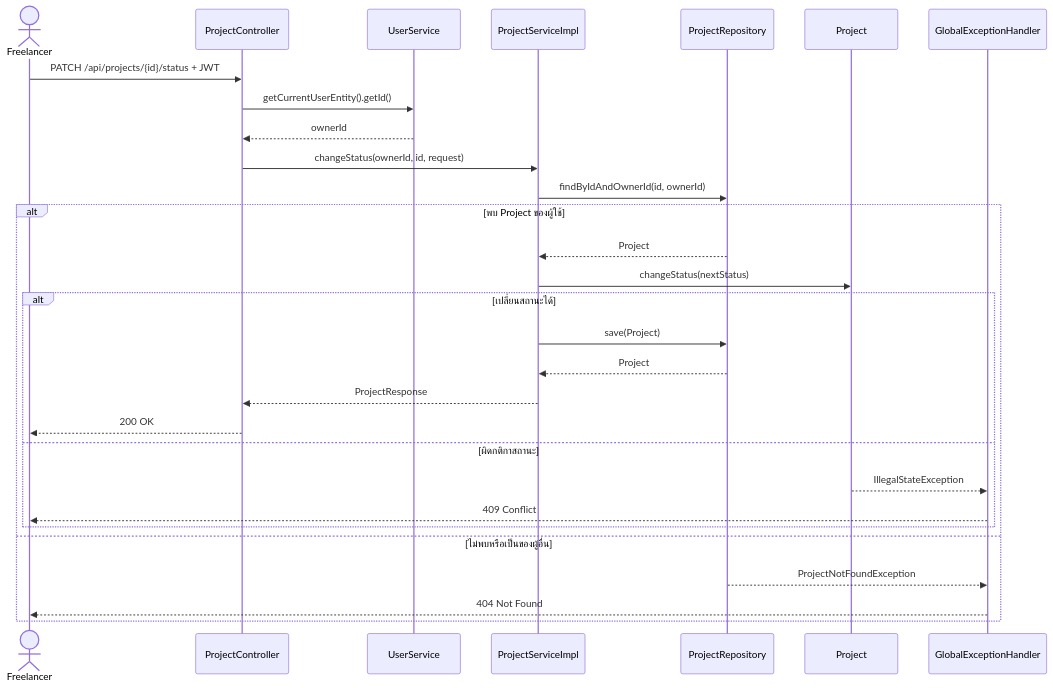
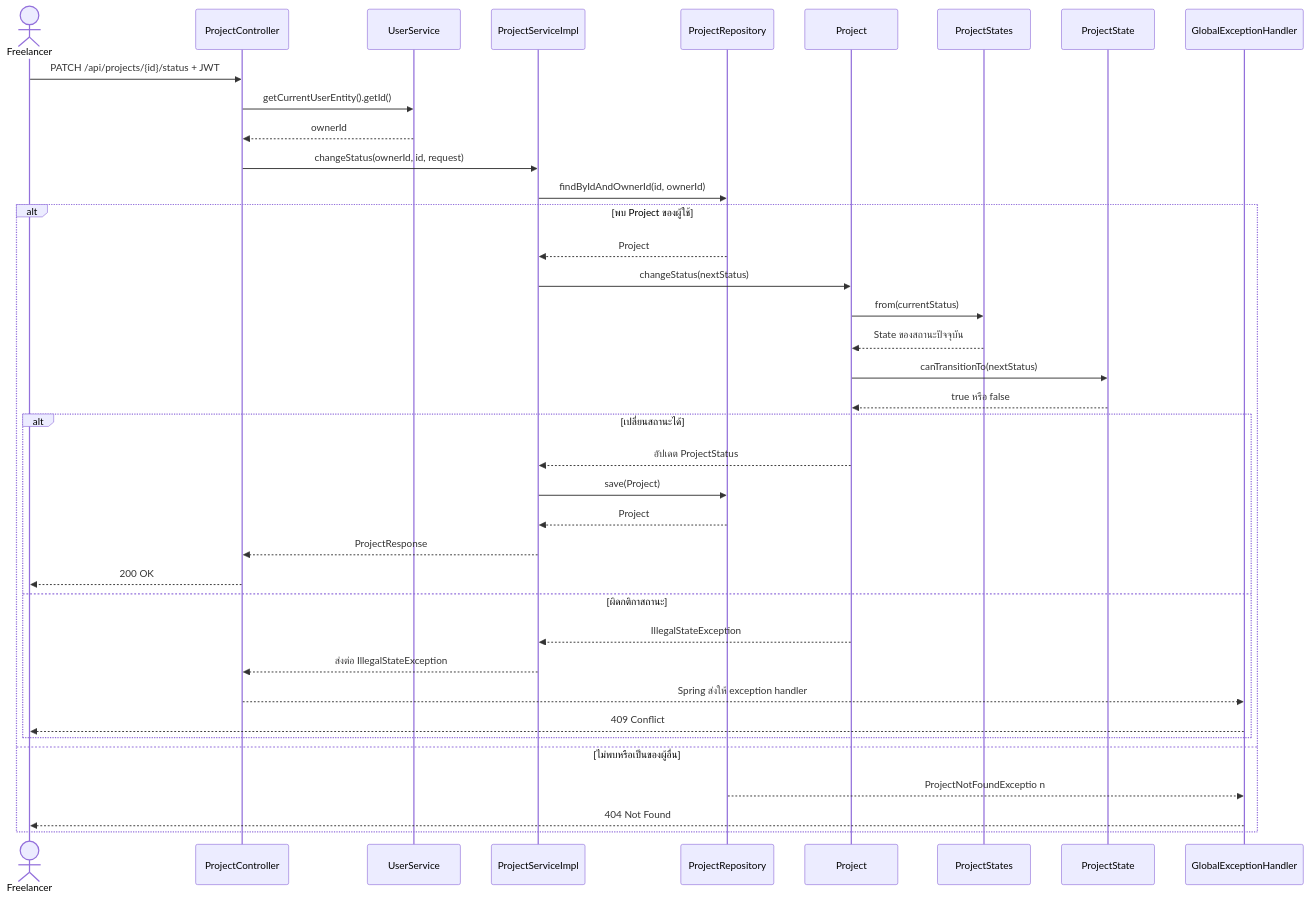
One commit to lillianxhub/freelance-hub changed the diagram in doc/V1/USECASE/kantavit-usecase.md. Above: the diagram before and after it, drawn with Mermaid. The commit also changed other lines of this file and 2 other files, not shown here.

Commit message:
docs: update project state pattern documentation

````diff
--- a/doc/V1/USECASE/kantavit-usecase.md
+++ b/doc/V1/USECASE/kantavit-usecase.md
@@ -177,32 +177,41 @@
 ```mermaid
 sequenceDiagram
     actor F as Freelancer
     participant C as ProjectController
     participant U as UserService
     participant S as ProjectServiceImpl
     participant R as ProjectRepository
     participant P as Project
+    participant PS as ProjectStates
+    participant ST as ProjectState
     participant H as GlobalExceptionHandler
 
     F->>C: PATCH /api/projects/{id}/status + JWT
     C->>U: getCurrentUserEntity().getId()
     U-->>C: ownerId
     C->>S: changeStatus(ownerId, id, request)
     S->>R: findByIdAndOwnerId(id, ownerId)
     alt พบ Project ของผู้ใช้
         R-->>S: Project
         S->>P: changeStatus(nextStatus)
+        P->>PS: from(currentStatus)
+        PS-->>P: State ของสถานะปัจจุบัน
+        P->>ST: canTransitionTo(nextStatus)
+        ST-->>P: true หรือ false
         alt เปลี่ยนสถานะได้
+            P-->>S: อัปเดต ProjectStatus
             S->>R: save(Project)
             R-->>S: Project
             S-->>C: ProjectResponse
             C-->>F: 200 OK
         else ผิดกติกาสถานะ
-            P-->>H: IllegalStateException
+            P-->>S: IllegalStateException
+            S-->>C: ส่งต่อ IllegalStateException
+            C-->>H: Spring ส่งให้ exception handler
             H-->>F: 409 Conflict
         end
     else ไม่พบหรือเป็นของผู้อื่น
-        R-->>H: ProjectNotFoundException
+        R-->>H: ProjectNotFoundExceptio n
         H-->>F: 404 Not Found
     end
 ```
````
